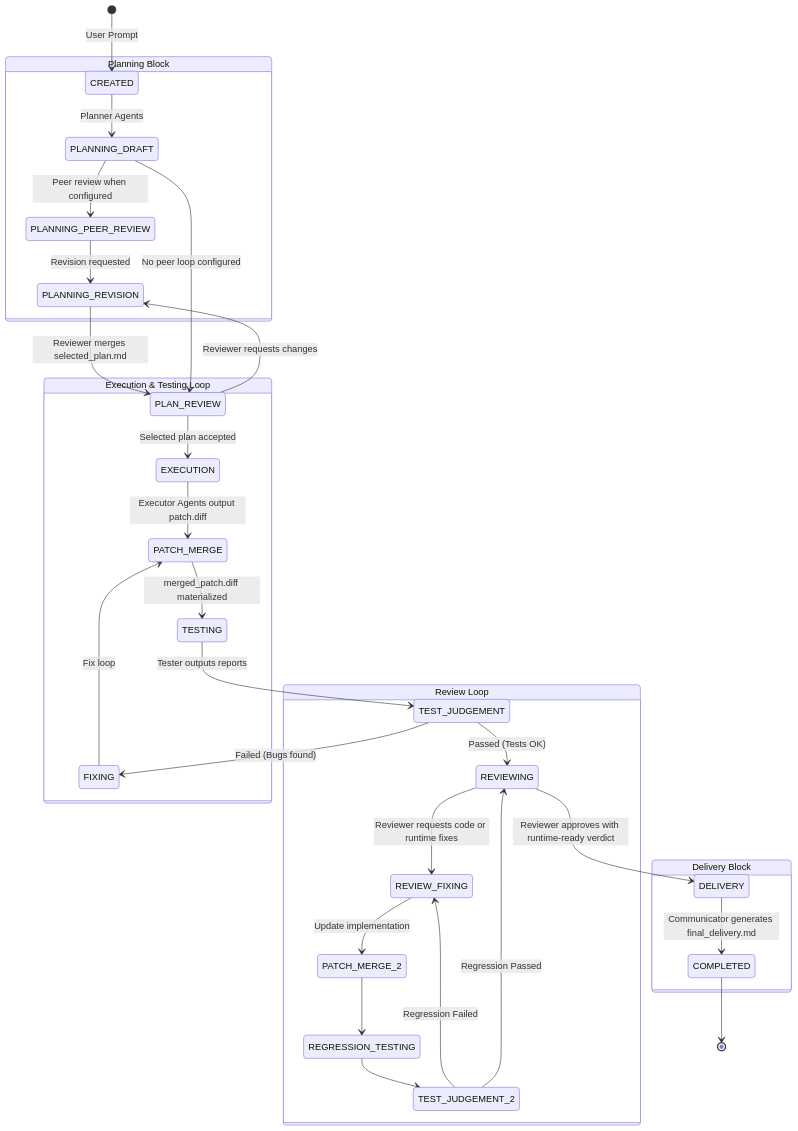
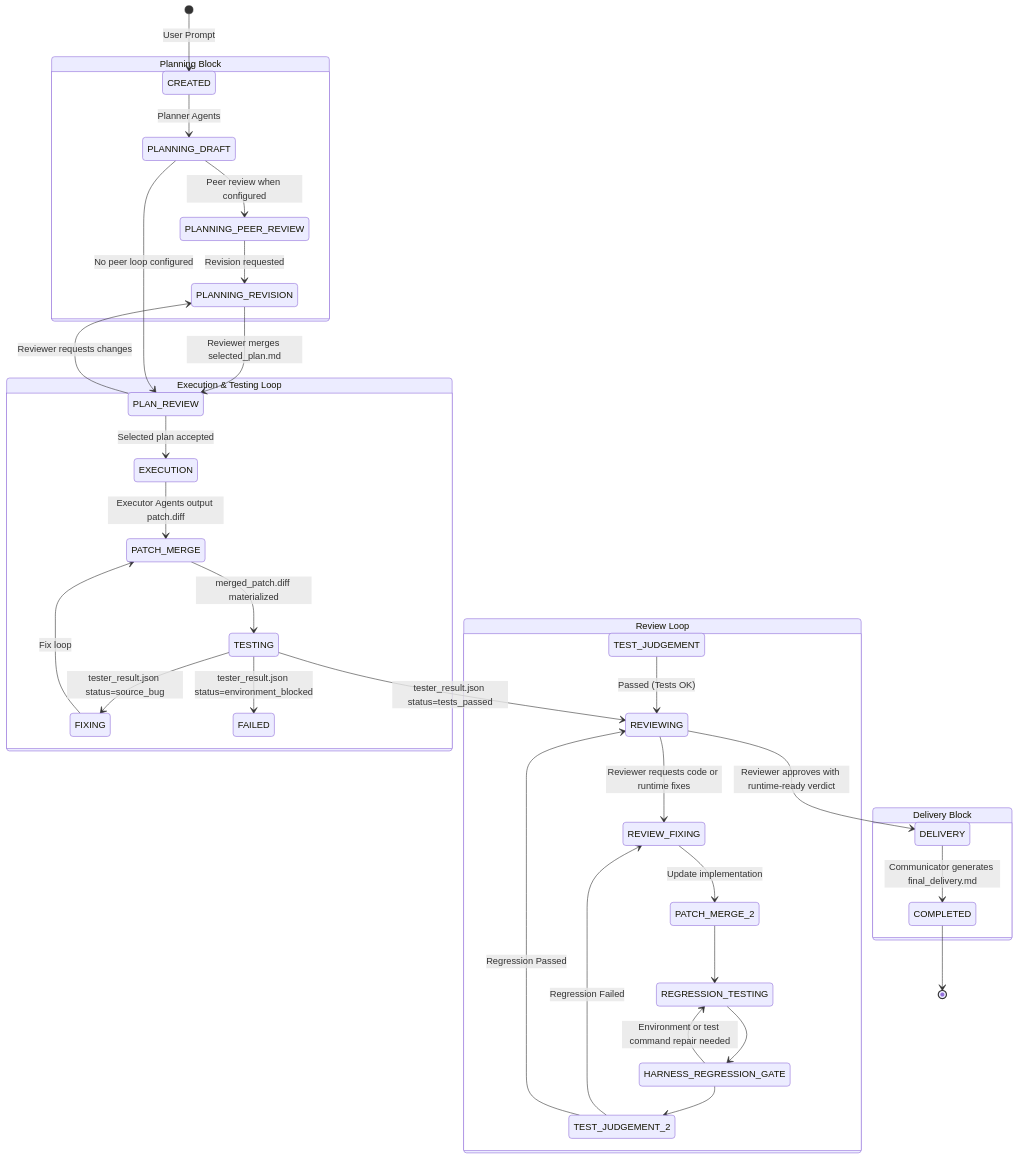
The second of 2 diagrams in system_architecture_and_flow.md (xiuwenwen/OpenOrchestra), drawn with Mermaid before and after one commit. The commit also changed 45 other files, not shown here.

Commit message:
Keep test execution owned by tester

````diff
--- a/system_architecture_and_flow.md
+++ b/system_architecture_and_flow.md
@@ -138,43 +138,46 @@
 ```mermaid
 stateDiagram-v2
     direction TB
     
     [*] --> CREATED: User Prompt
     
     state "Planning Block" as PB {
         CREATED --> PLANNING_DRAFT: Planner Agents
         PLANNING_DRAFT --> PLANNING_PEER_REVIEW: Peer review when configured
         PLANNING_PEER_REVIEW --> PLANNING_REVISION: Revision requested
         PLANNING_REVISION --> PLAN_REVIEW: Reviewer merges selected_plan.md
         PLANNING_DRAFT --> PLAN_REVIEW: No peer loop configured
         PLAN_REVIEW --> PLANNING_REVISION: Reviewer requests changes
     }
     
     state "Execution & Testing Loop" as ETL {
         PLAN_REVIEW --> EXECUTION: Selected plan accepted
         EXECUTION --> PATCH_MERGE: Executor Agents output patch.diff
         PATCH_MERGE --> TESTING: merged_patch.diff materialized
         
-        TESTING --> TEST_JUDGEMENT: Tester outputs reports
-        TEST_JUDGEMENT --> FIXING: Failed (Bugs found)
+        TESTING --> FIXING: tester_result.json status=source_bug
+        TESTING --> REVIEWING: tester_result.json status=tests_passed
+        TESTING --> FAILED: tester_result.json status=environment_blocked
         FIXING --> PATCH_MERGE: Fix loop
     }
     
     state "Review Loop" as RL {
         TEST_JUDGEMENT --> REVIEWING: Passed (Tests OK)
         REVIEWING --> DELIVERY: Reviewer approves with runtime-ready verdict
 
         REVIEWING --> REVIEW_FIXING: Reviewer requests code or runtime fixes
         REVIEW_FIXING --> PATCH_MERGE_2: Update implementation
         PATCH_MERGE_2 --> REGRESSION_TESTING
-        REGRESSION_TESTING --> TEST_JUDGEMENT_2
+        REGRESSION_TESTING --> HARNESS_REGRESSION_GATE
+        HARNESS_REGRESSION_GATE --> REGRESSION_TESTING: Environment or test command repair needed
+        HARNESS_REGRESSION_GATE --> TEST_JUDGEMENT_2
         TEST_JUDGEMENT_2 --> REVIEW_FIXING: Regression Failed
         TEST_JUDGEMENT_2 --> REVIEWING: Regression Passed
     }
     
     state "Delivery Block" as DB {
         DELIVERY --> COMPLETED: Communicator generates final_delivery.md
     }
     
     COMPLETED --> [*]
 ```
````
